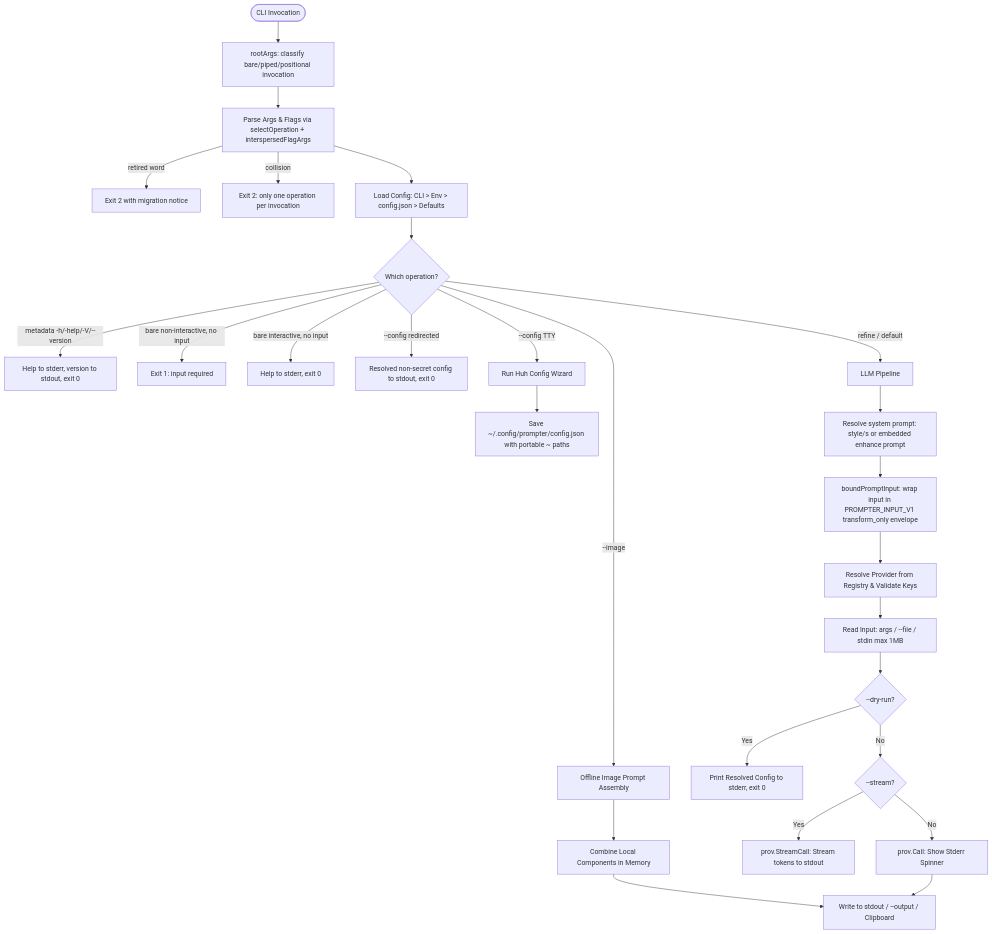
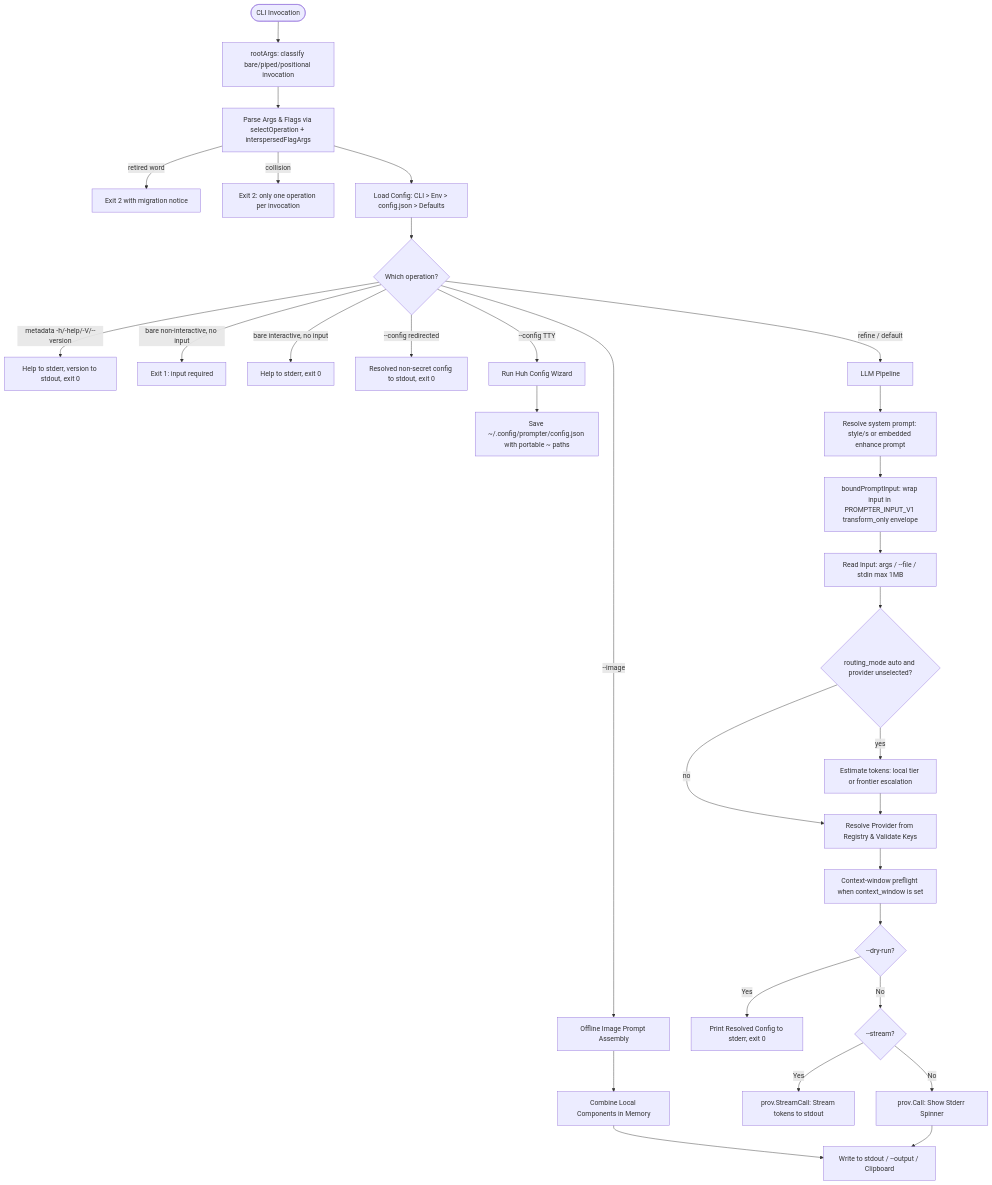
One commit to dotcommander/prompter changed the diagram in AGENTS.md. Above: the diagram before and after it, drawn with Mermaid. The commit also changed other lines of this file and 11 other files, not shown here.

First line of the commit message:
feat(routing): add token preflight and opt-in provider routing

````diff
--- a/AGENTS.md
+++ b/AGENTS.md
@@ -104,29 +112,33 @@
 ```mermaid
 flowchart TD
     Start([CLI Invocation]) --> RootArgs[rootArgs: classify bare/piped/positional invocation]
     RootArgs --> ParseArgs[Parse Args & Flags via selectOperation + interspersedFlagArgs]
     ParseArgs -->|retired word| MigrationError[Exit 2 with migration notice]
     ParseArgs -->|collision| UsageError[Exit 2: only one operation per invocation]
     ParseArgs --> LoadConfig[Load Config: CLI > Env > config.json > Defaults]
     LoadConfig --> CheckMode{Which operation?}
     CheckMode -- "metadata -h/-help/-V/--version" --> PrintMetadata[Help to stderr, version to stdout, exit 0]
     CheckMode -- "bare non-interactive, no input" --> InputRequired[Exit 1: input required]
     CheckMode -- "bare interactive, no input" --> PrintHelp[Help to stderr, exit 0]
     CheckMode -- "--config redirected" --> PrintConfig[Resolved non-secret config to stdout, exit 0]
     CheckMode -- "--config TTY" --> ConfigTUI[Run Huh Config Wizard]
     ConfigTUI --> SaveConfig[Save ~/.config/prompter/config.json with portable ~ paths]
     CheckMode -- "--image" --> AssembleFlow[Offline Image Prompt Assembly]
     AssembleFlow --> LocalComponents[Combine Local Components in Memory]
     LocalComponents --> OutputResult[Write to stdout / --output / Clipboard]
     CheckMode -- "refine / default" --> LLMFlow[LLM Pipeline]
     LLMFlow --> ResolvePrompt[Resolve system prompt: style/s or embedded enhance prompt]
     ResolvePrompt --> Boundary[boundPromptInput: wrap input in PROMPTER_INPUT_V1 transform_only envelope]
-    Boundary --> ResolveProv[Resolve Provider from Registry & Validate Keys]
-    ResolveProv --> ReadInput[Read Input: args / --file / stdin max 1MB]
-    ReadInput --> DryRunCheck{--dry-run?}
+    Boundary --> ReadInput[Read Input: args / --file / stdin max 1MB]
+    ReadInput --> RouteInput{routing_mode auto and provider unselected?}
+    RouteInput -- yes --> DecideRoute[Estimate tokens: local tier or frontier escalation]
+    RouteInput -- no --> ResolveProv[Resolve Provider from Registry & Validate Keys]
+    DecideRoute --> ResolveProv
+    ResolveProv --> Preflight[Context-window preflight when context_window is set]
+    Preflight --> DryRunCheck{--dry-run?}
     DryRunCheck -- Yes --> PrintDryRun[Print Resolved Config to stderr, exit 0]
     DryRunCheck -- No --> StreamCheck{--stream?}
     StreamCheck -- Yes --> StreamCall[prov.StreamCall: Stream tokens to stdout]
     StreamCheck -- No --> UnaryCall[prov.Call: Show Stderr Spinner]
     UnaryCall --> OutputResult
 ```
````
